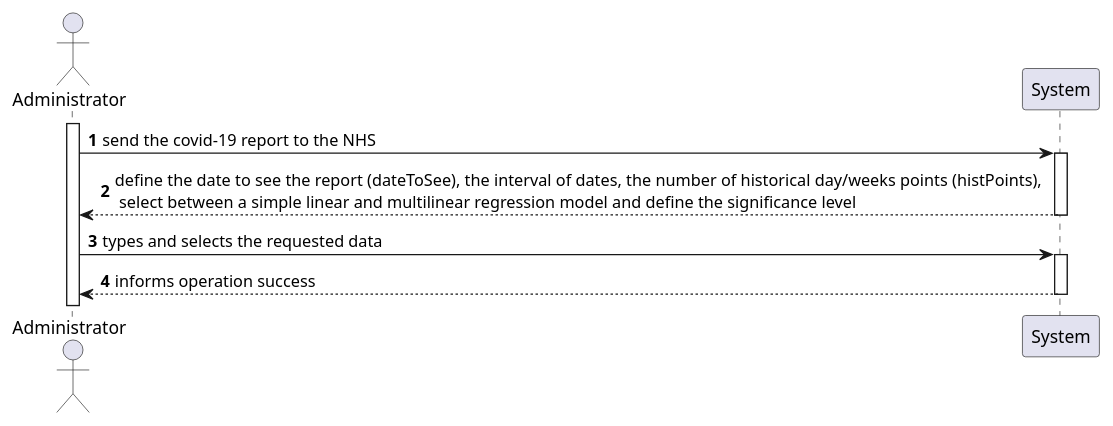
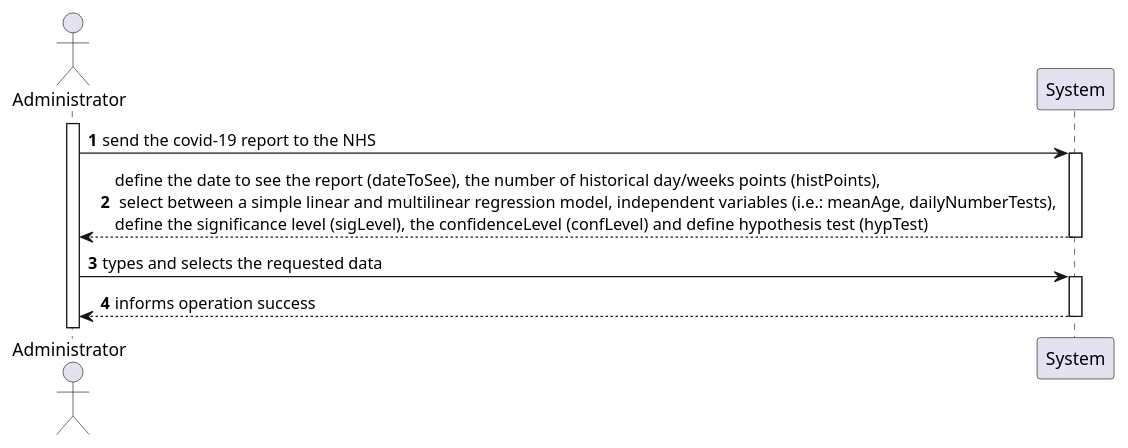
The diagram in docs/SprintD/US18/US18-SSD.puml (0franciscor/lei-21-s2-1de-g19), drawn with PlantUML before and after one commit. The commit also changed 1 other file, not shown here.

```diff
--- a/docs/SprintD/US18/US18-SSD.puml
+++ b/docs/SprintD/US18/US18-SSD.puml
@@ -1,13 +1,13 @@
 @startuml
 'https://plantuml.com/sequence-diagram
 
 autonumber
 
 actor "Administrator" as A
 activate A
 A -> System ++: send the covid-19 report to the NHS
-System -->  A --: define the date to see the report (dateToSee), the interval of dates, the number of historical day/weeks points (histPoints), \n select between a simple linear and multilinear regression model and define the significance level
+System -->  A --: define the date to see the report (dateToSee), the number of historical day/weeks points (histPoints),\n select between a simple linear and multilinear regression model, independent variables (i.e.: meanAge, dailyNumberTests), \ndefine the significance level (sigLevel), the confidenceLevel (confLevel) and define hypothesis test (hypTest)
 A -> System ++: types and selects the requested data
 System -->  A --: informs operation success
 
 @enduml
```
